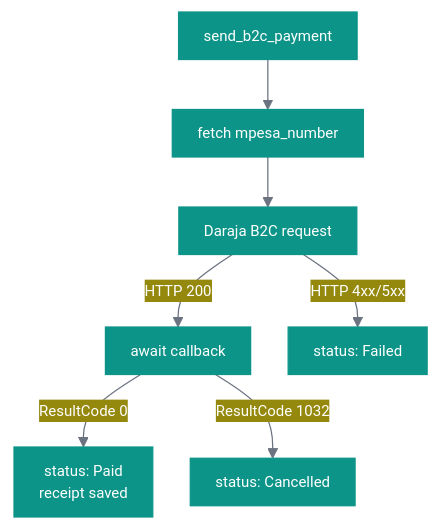
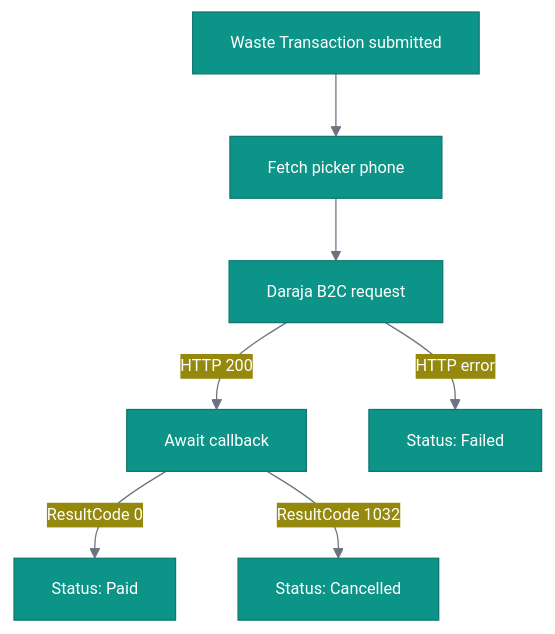
Before and after one commit to Matxchange/matXchange: the fourth of 5 diagrams in README.md, drawn with Mermaid. The commit also changed other lines of this file, not shown here.

Commit message:
Update mermaid diagrams in README.md

````diff
--- a/README.md
+++ b/README.md
@@ -96,10 +96,10 @@
 ```mermaid
-%%{init: {"theme": "base", "themeVariables": {"primaryColor": "#0D9488", "primaryTextColor": "#ffffff", "primaryBorderColor": "#0D9488", "lineColor": "#6B7280", "fontFamily": "ui-monospace, monospace", "fontSize": "12px"}, "flowchart": {"curve": "basis", "nodeSpacing": 30, "rankSpacing": 40, "padding": 10}}}%%
+%%{init: {"theme": "base", "themeVariables": {"primaryColor": "#0D9488", "primaryTextColor": "#ffffff", "primaryBorderColor": "#0F766E", "lineColor": "#6B7280", "fontFamily": "ui-monospace, monospace", "fontSize": "13px"}}}%%
 flowchart TD
-    A[send_b2c_payment] --> B[fetch mpesa_number]
+    A[Waste Transaction submitted] --> B[Fetch picker phone]
     B --> C[Daraja B2C request]
-    C -->|HTTP 200| D[await callback]
-    C -->|HTTP 4xx/5xx| E[status: Failed]
-    D -->|ResultCode 0| F[status: Paid\nreceipt saved]
-    D -->|ResultCode 1032| G[status: Cancelled]
+    C -->|HTTP 200| D[Await callback]
+    C -->|HTTP error| E[Status: Failed]
+    D -->|ResultCode 0| F[Status: Paid]
+    D -->|ResultCode 1032| G[Status: Cancelled]
 ```
````
